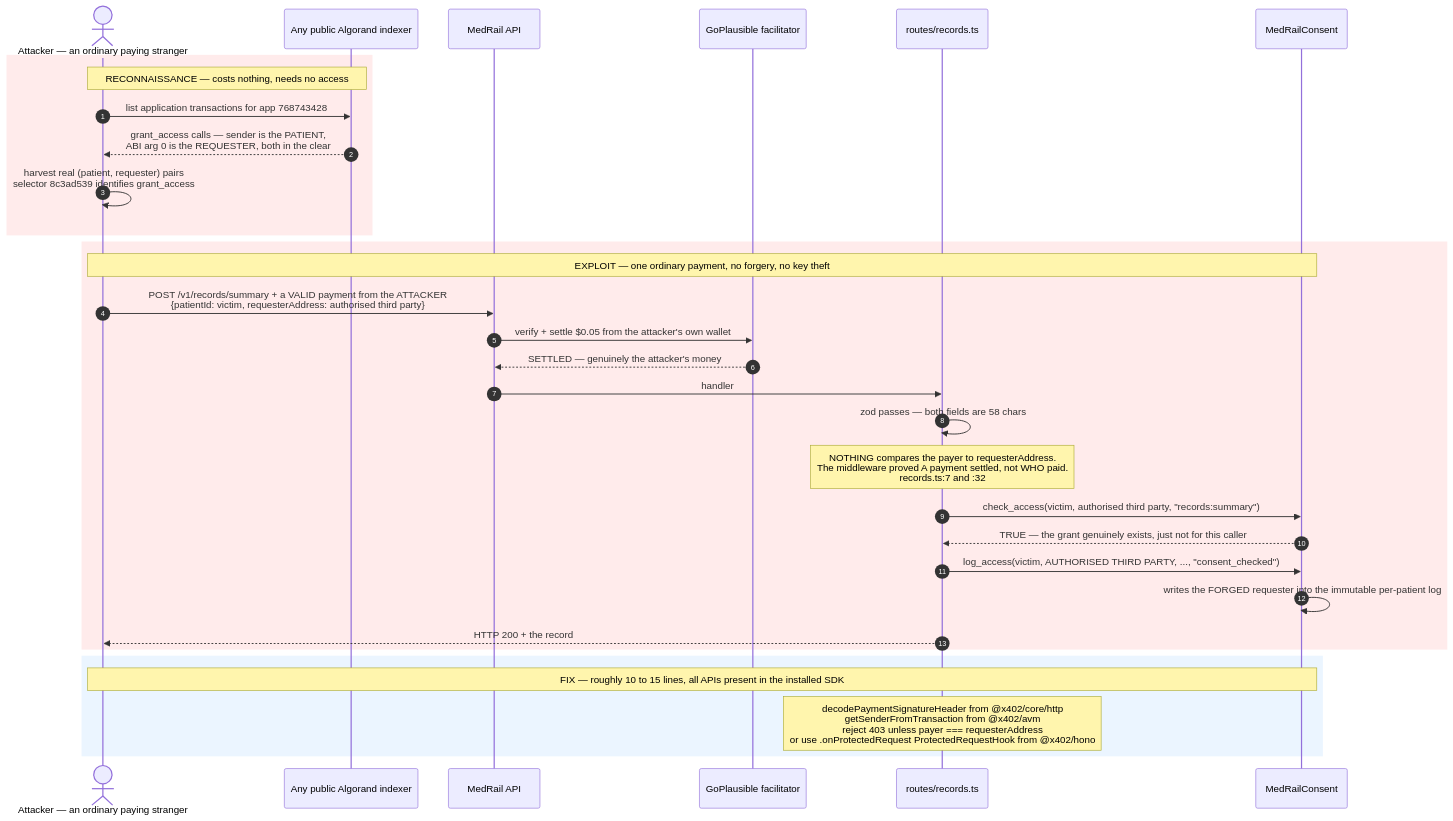
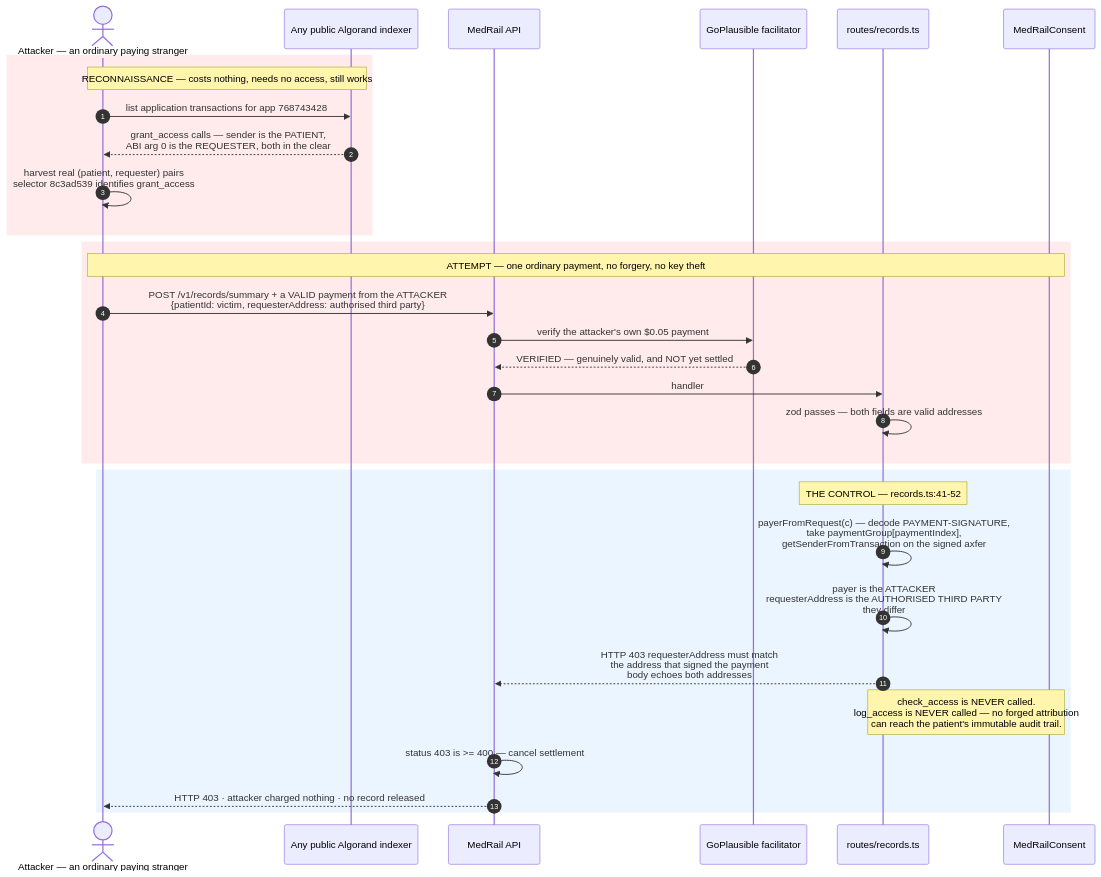
The seventh of 9 diagrams in docs/03_Architecture/Sequence_Diagrams.md (Hydra-Of-Malice/Medrail), drawn with Mermaid before and after one commit. The commit also changed other lines of this file and 77 other files, not shown here.

````diff
--- a/docs/03_Architecture/Sequence_Diagrams.md
+++ b/docs/03_Architecture/Sequence_Diagrams.md
@@ -337,37 +358,36 @@
 ```mermaid
 sequenceDiagram
     autonumber
     actor Att as Attacker — an ordinary paying stranger
     participant Idx as Any public Algorand indexer
     participant API as MedRail API
     participant Fac as GoPlausible facilitator
     participant Rec as routes/records.ts
     participant App as MedRailConsent
 
     rect rgb(255, 235, 235)
-    Note over Att,Idx: RECONNAISSANCE — costs nothing, needs no access
+    Note over Att,Idx: RECONNAISSANCE — costs nothing, needs no access, still works
     Att->>Idx: list application transactions for app 768743428
     Idx-->>Att: grant_access calls — sender is the PATIENT,<br/>ABI arg 0 is the REQUESTER, both in the clear
     Att->>Att: harvest real (patient, requester) pairs<br/>selector 8c3ad539 identifies grant_access
     end
 
     rect rgb(255, 235, 235)
-    Note over Att,App: EXPLOIT — one ordinary payment, no forgery, no key theft
+    Note over Att,App: ATTEMPT — one ordinary payment, no forgery, no key theft
     Att->>API: POST /v1/records/summary + a VALID payment from the ATTACKER<br/>{patientId: victim, requesterAddress: authorised third party}
-    API->>Fac: verify + settle $0.05 from the attacker's own wallet
-    Fac-->>API: SETTLED — genuinely the attacker's money
+    API->>Fac: verify the attacker's own $0.05 payment
+    Fac-->>API: VERIFIED — genuinely valid, and NOT yet settled
     API->>Rec: handler
-    Rec->>Rec: zod passes — both fields are 58 chars
-    Note over Rec: NOTHING compares the payer to requesterAddress.<br/>The middleware proved A payment settled, not WHO paid.<br/>records.ts:7 and :32
-    Rec->>App: check_access(victim, authorised third party, "records:summary")
-    App-->>Rec: TRUE — the grant genuinely exists, just not for this caller
-    Rec->>App: log_access(victim, AUTHORISED THIRD PARTY, ..., "consent_checked")
-    App->>App: writes the FORGED requester into the immutable per-patient log
-    Rec-->>Att: HTTP 200 + the record
+    Rec->>Rec: zod passes — both fields are valid addresses
     end
 
     rect rgb(235, 245, 255)
-    Note over Att,App: FIX — roughly 10 to 15 lines, all APIs present in the installed SDK
-    Note over Rec: decodePaymentSignatureHeader from @x402/core/http<br/>getSenderFromTransaction from @x402/avm<br/>reject 403 unless payer === requesterAddress<br/>or use .onProtectedRequest ProtectedRequestHook from @x402/hono
+    Note over Rec: THE CONTROL — records.ts:41-52
+    Rec->>Rec: payerFromRequest(c) — decode PAYMENT-SIGNATURE,<br/>take paymentGroup[paymentIndex],<br/>getSenderFromTransaction on the signed axfer
+    Rec->>Rec: payer is the ATTACKER<br/>requesterAddress is the AUTHORISED THIRD PARTY<br/>they differ
+    Rec-->>API: HTTP 403 requesterAddress must match<br/>the address that signed the payment<br/>body echoes both addresses
+    Note over Rec,App: check_access is NEVER called.<br/>log_access is NEVER called — no forged attribution<br/>can reach the patient's immutable audit trail.
+    API->>API: status 403 is >= 400 — cancel settlement
+    API-->>Att: HTTP 403 · attacker charged nothing · no record released
     end
 ```
````
